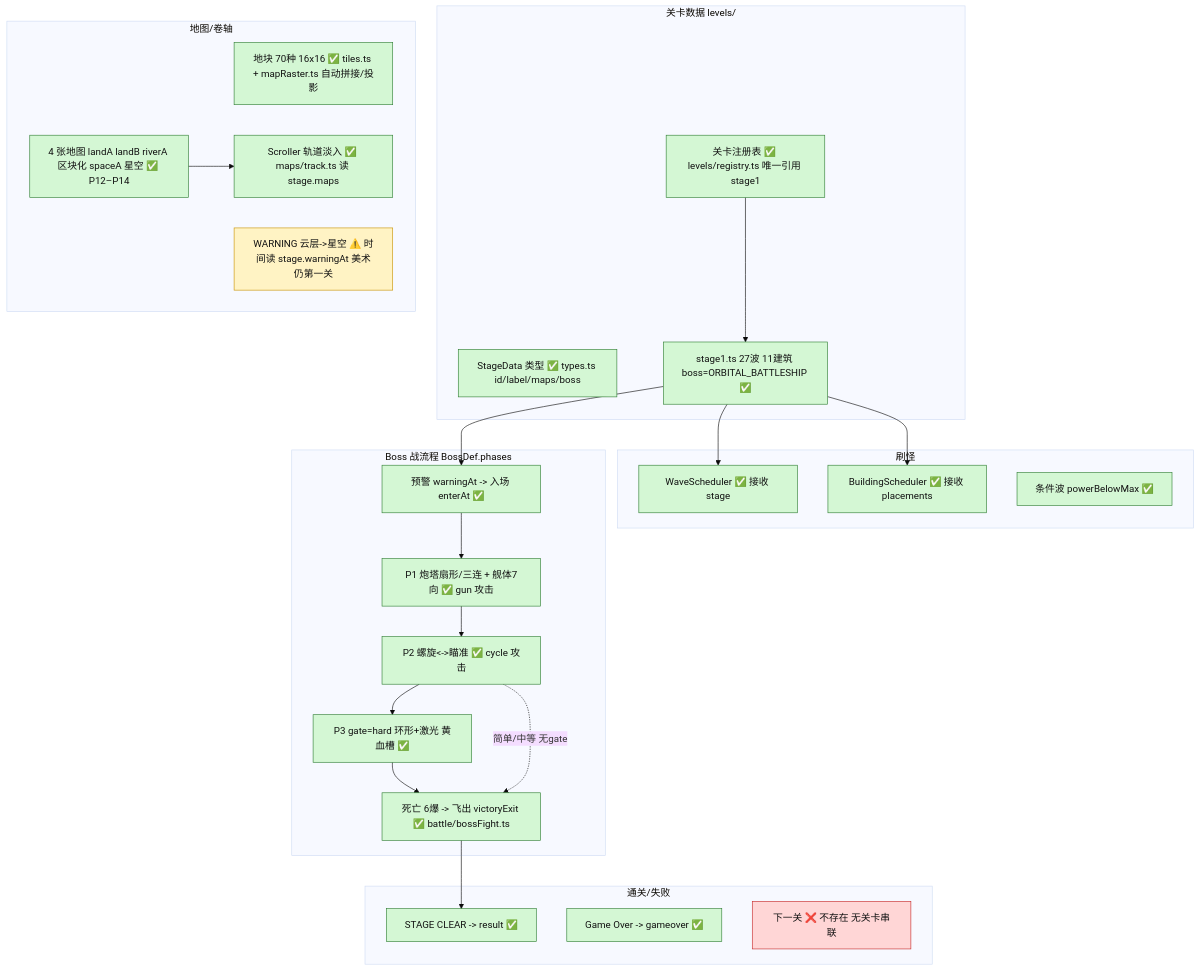
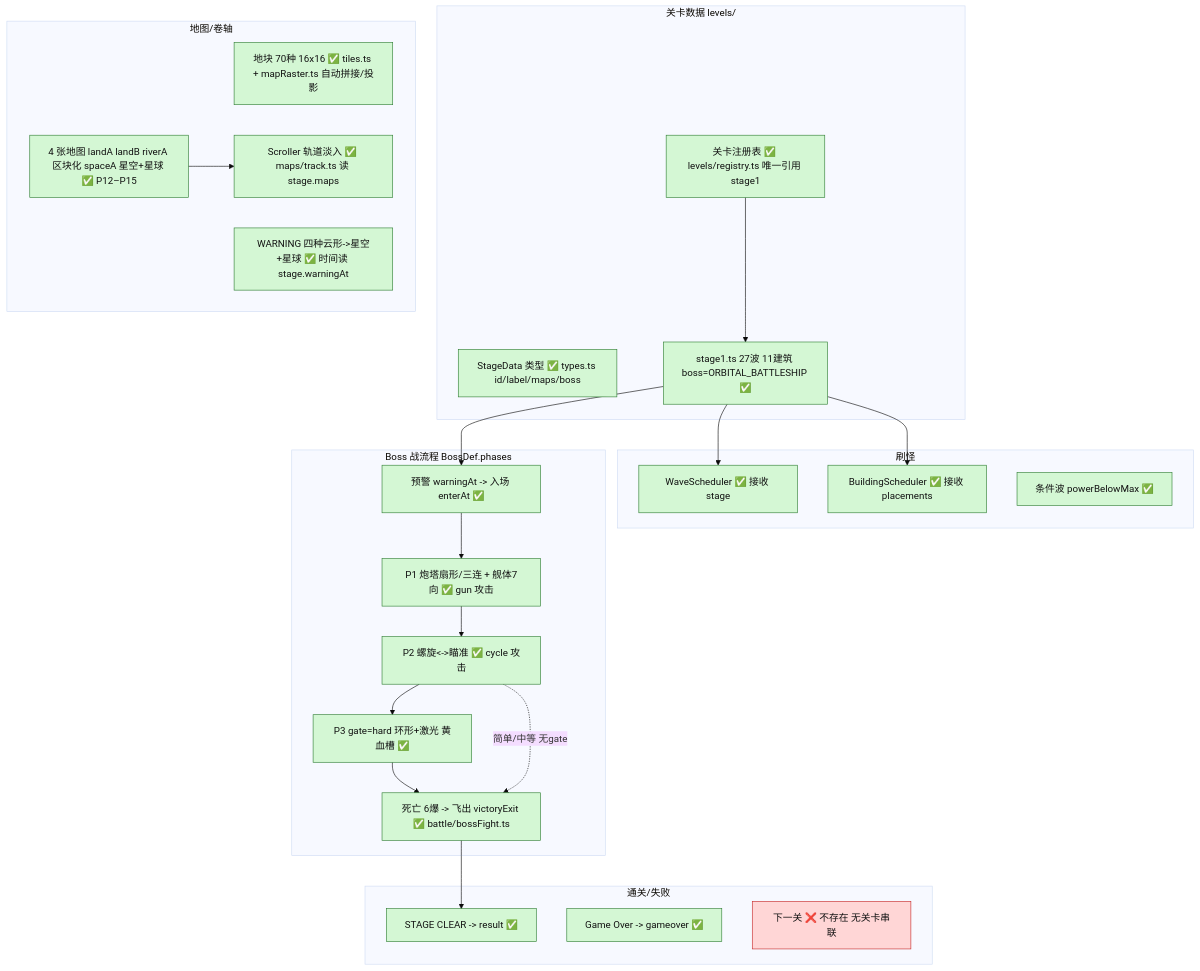
One commit to thedb/dianlei changed the fourth of 5 diagrams in docs/电雷_架构图_P11.md. Above: the diagram before and after it, drawn with Mermaid (base theme). The commit also changed other lines of this file and 13 other files, not shown here.

````diff
--- a/docs/电雷_架构图_P11.md
+++ b/docs/电雷_架构图_P11.md
@@ -239,47 +239,47 @@
 ```mermaid
 flowchart TD
   classDef done fill:#d4f7d4,stroke:#2e7d32,color:#111
   classDef partial fill:#fff3c4,stroke:#c79100,color:#111
   classDef hard fill:#ffd6d6,stroke:#c62828,color:#111
 
   subgraph DATA["关卡数据 levels/"]
     SD["StageData 类型 ✅ types.ts id/label/maps/boss"]:::done
     S1["stage1.ts 27波 11建筑 boss=ORBITAL_BATTLESHIP ✅"]:::done
     REGS["关卡注册表 ✅ levels/registry.ts 唯一引用 stage1"]:::done
   end
 
   subgraph MAP["地图/卷轴"]
     T1["地块 70种 16x16 ✅ tiles.ts + mapRaster.ts 自动拼接/投影"]:::done
-    T2["4 张地图 landA landB riverA 区块化 spaceA 星空 ✅ P12–P14"]:::done
+    T2["4 张地图 landA landB riverA 区块化 spaceA 星空+星球 ✅ P12–P15"]:::done
     T3["Scroller 轨道淡入 ✅ maps/track.ts 读 stage.maps"]:::done
-    T4["WARNING 云层->星空 ⚠️ 时间读 stage.warningAt 美术仍第一关"]:::partial
+    T4["WARNING 四种云形->星空+星球 ✅ 时间读 stage.warningAt"]:::done
   end
 
   subgraph SPAWN["刷怪"]
     W1["WaveScheduler ✅ 接收 stage"]:::done
     W2["BuildingScheduler ✅ 接收 placements"]:::done
     W3["条件波 powerBelowMax ✅"]:::done
   end
 
   subgraph BF["Boss 战流程 BossDef.phases"]
     BF1["预警 warningAt -> 入场 enterAt ✅"]:::done
     BF2["P1 炮塔扇形/三连 + 舰体7向 ✅ gun 攻击"]:::done
     BF3["P2 螺旋<->瞄准 ✅ cycle 攻击"]:::done
     BF4["P3 gate=hard 环形+激光 黄血槽 ✅"]:::done
     BF5["死亡 6爆 -> 飞出 victoryExit ✅ battle/bossFight.ts"]:::done
   end
 
   subgraph END["通关/失败"]
     R1["STAGE CLEAR -> result ✅"]:::done
     R2["Game Over -> gameover ✅"]:::done
     R3["下一关 ❌ 不存在 无关卡串联"]:::hard
   end
 
   REGS --> S1
   S1 --> W1
   S1 --> W2
   S1 --> BF1
   T2 --> T3
   BF1 --> BF2 --> BF3 --> BF4 --> BF5 --> R1
   BF3 -.简单/中等 无gate.-> BF5
 ```
````
